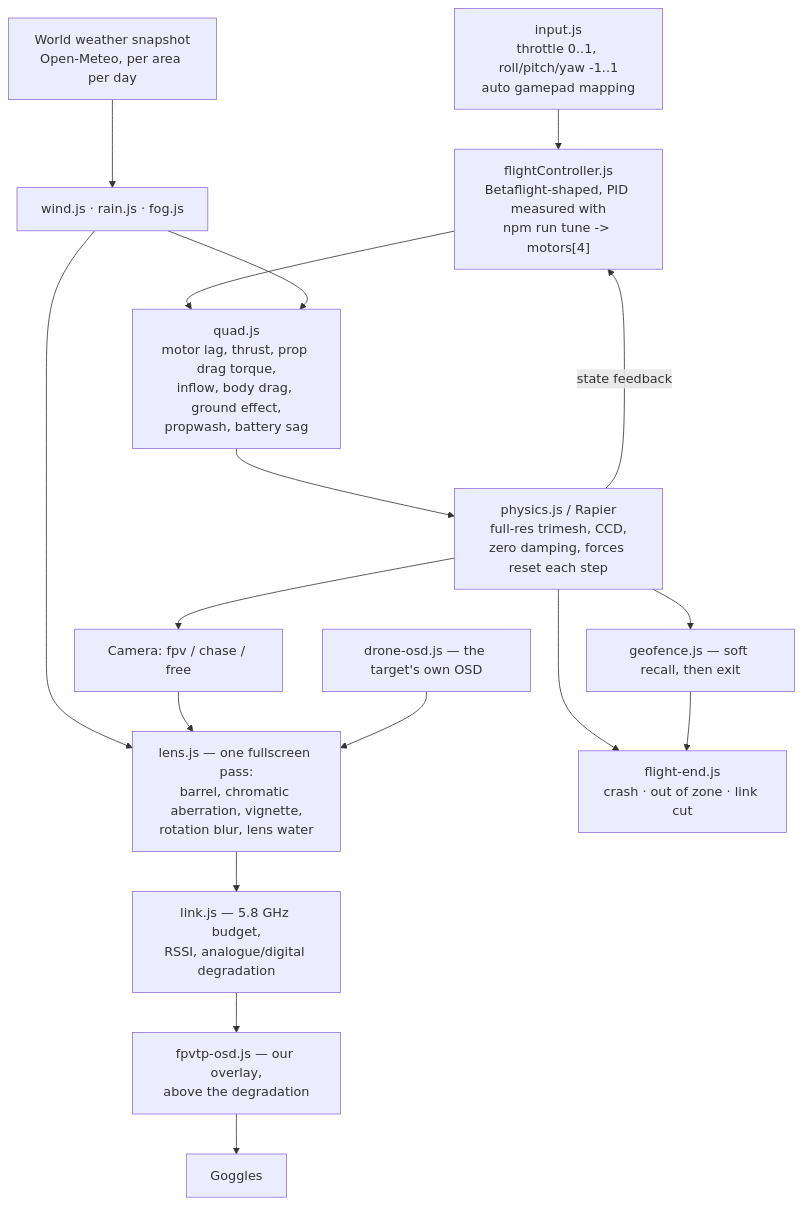
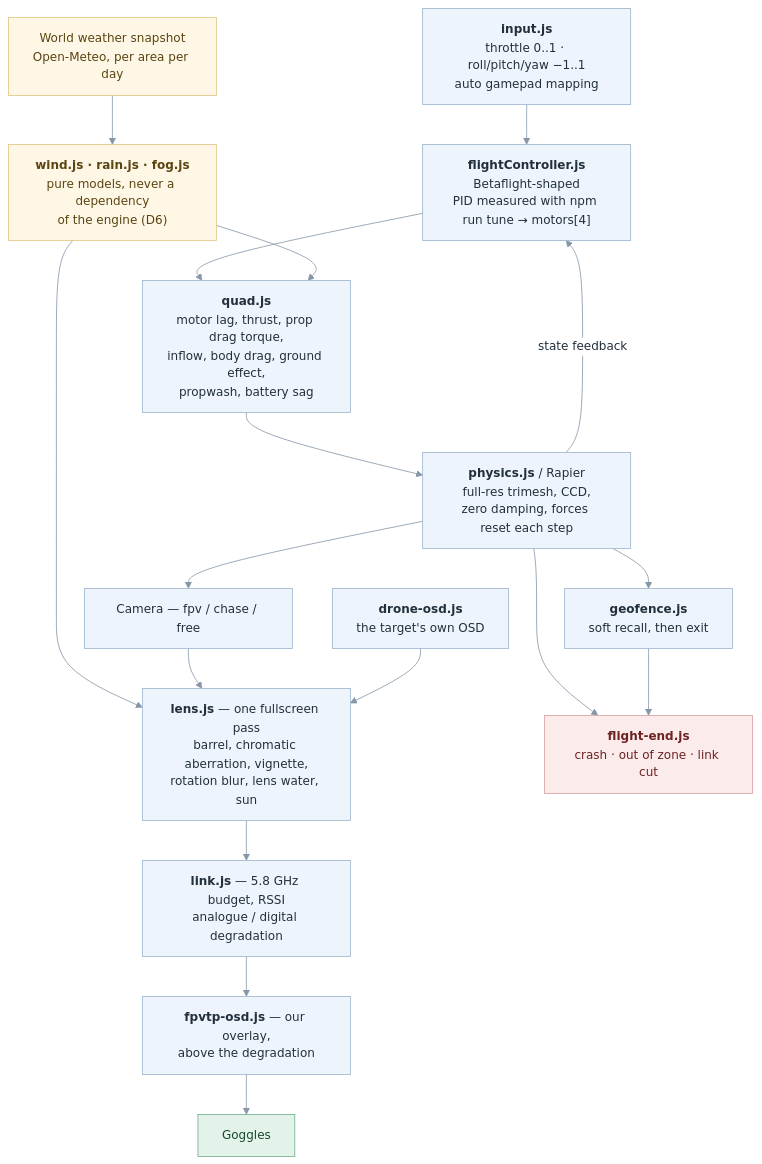
The fourth of 5 diagrams in sim/docs/architecture-diagrams.md (lionrayonnant/FPVThePlanet), drawn with Mermaid before and after one commit. The commit also changed other lines of this file, not shown here.

Commit message:
Enhance architecture diagrams with HTML formatting

````diff
--- a/sim/docs/architecture-diagrams.md
+++ b/sim/docs/architecture-diagrams.md
@@ -199,25 +199,39 @@
 ```mermaid
+%%{init: {'theme':'base','themeVariables':{
+  'fontFamily':'ui-sans-serif, system-ui, -apple-system, Segoe UI, sans-serif',
+  'fontSize':'15px',
+  'primaryColor':'#EEF4FC','primaryTextColor':'#22303C','primaryBorderColor':'#9BB3CD',
+  'lineColor':'#8496A8','edgeLabelBackground':'#FFFFFF',
+  'clusterBkg':'#FBFDFF','clusterBorder':'#D6E2EE',
+  'tertiaryColor':'#FFFFFF'}}}%%
 flowchart TB
-    IN["input.js<br/>throttle 0..1, roll/pitch/yaw -1..1<br/>auto gamepad mapping"]
-    FC["flightController.js<br/>Betaflight-shaped, PID measured with<br/>npm run tune -> motors[4]"]
-    QUAD["quad.js<br/>motor lag, thrust, prop drag torque,<br/>inflow, body drag, ground effect,<br/>propwash, battery sag"]
-    PHY["physics.js / Rapier<br/>full-res trimesh, CCD,<br/>zero damping, forces reset each step"]
+    IN["<b>input.js</b><br/>throttle 0..1 · roll/pitch/yaw −1..1<br/>auto gamepad mapping"]
+    FC["<b>flightController.js</b><br/>Betaflight-shaped<br/>PID measured with npm run tune → motors[4]"]
+    QUAD["<b>quad.js</b><br/>motor lag, thrust, prop drag torque,<br/>inflow, body drag, ground effect,<br/>propwash, battery sag"]
+    PHY["<b>physics.js</b> / Rapier<br/>full-res trimesh, CCD,<br/>zero damping, forces reset each step"]
 
     IN --> FC --> QUAD --> PHY
     PHY -- "state feedback" --> FC
 
-    WEATHER["World weather snapshot<br/>Open-Meteo, per area per day"] --> WRF["wind.js · rain.js · fog.js"]
+    WEATHER["World weather snapshot<br/>Open-Meteo, per area per day"] --> WRF["<b>wind.js · rain.js · fog.js</b><br/>pure models, never a dependency<br/>of the engine (D6)"]
     WRF --> QUAD
     WRF --> LENS
 
-    PHY --> CAM["Camera: fpv / chase / free"]
-    CAM --> LENS["lens.js — one fullscreen pass:<br/>barrel, chromatic aberration, vignette,<br/>rotation blur, lens water"]
-    DOSD["drone-osd.js — the target's own OSD"] --> LENS
-    LENS --> LINK["link.js — 5.8 GHz budget,<br/>RSSI, analogue/digital degradation"]
-    LINK --> FOSD["fpvtp-osd.js — our overlay,<br/>above the degradation"]
+    PHY --> CAM["Camera — fpv / chase / free"]
+    CAM --> LENS["<b>lens.js</b> — one fullscreen pass<br/>barrel, chromatic aberration, vignette,<br/>rotation blur, lens water, sun"]
+    DOSD["<b>drone-osd.js</b><br/>the target's own OSD"] --> LENS
+    LENS --> LINK["<b>link.js</b> — 5.8 GHz budget, RSSI<br/>analogue / digital degradation"]
+    LINK --> FOSD["<b>fpvtp-osd.js</b> — our overlay,<br/>above the degradation"]
     FOSD --> SCREEN["Goggles"]
 
-    PHY --> FENCE["geofence.js — soft recall, then exit"]
-    PHY --> FE["flight-end.js<br/>crash · out of zone · link cut"]
+    PHY --> FENCE["<b>geofence.js</b><br/>soft recall, then exit"]
+    PHY --> FE["<b>flight-end.js</b><br/>crash · out of zone · link cut"]
     FENCE --> FE
+
+    classDef env fill:#FFF7E6,stroke:#E2C583,color:#5A4412
+    classDef stop fill:#FBEBEB,stroke:#D9A0A0,color:#6E2222
+    classDef out fill:#E3F3EA,stroke:#6FAE8B,color:#164A30
+    class WEATHER,WRF env
+    class FE stop
+    class SCREEN out
 ```
````
